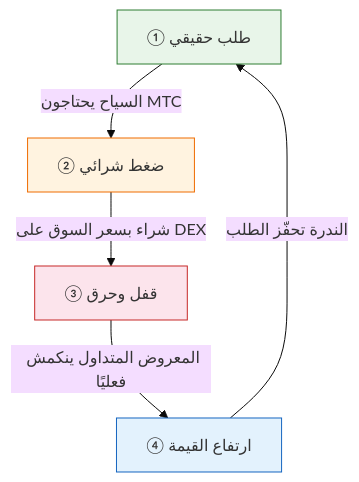
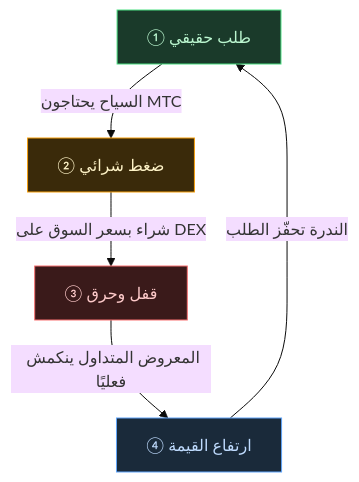
The first of 2 diagrams in i18n/ar/docusaurus-plugin-content-docs/current/02-vision.md (Cootakahashi/matsuri-dao-whitepaper), drawn with Mermaid (base theme) before and after one commit. The commit also changed 102 other files, not shown here.

````diff
--- a/i18n/ar/docusaurus-plugin-content-docs/current/02-vision.md
+++ b/i18n/ar/docusaurus-plugin-content-docs/current/02-vision.md
@@ -42,12 +42,12 @@
 ```mermaid
 graph TD
-    A["① طلب حقيقي"] -->|السياح يحتاجون MTC| B["② ضغط شرائي"]
-    B -->|شراء بسعر السوق على DEX| C["③ قفل وحرق"]
-    C -->|المعروض المتداول ينكمش فعليًا| D["④ ارتفاع القيمة"]
+    A["① طلب حقيقي"]:::step1 -->|السياح يحتاجون MTC| B["② ضغط شرائي"]:::step2
+    B -->|شراء بسعر السوق على DEX| C["③ قفل وحرق"]:::step3
+    C -->|المعروض المتداول ينكمش فعليًا| D["④ ارتفاع القيمة"]:::step4
     D -->|الندرة تحفّز الطلب| A
 
-    style A fill:#e8f5e9,stroke:#2e7d32
-    style B fill:#fff3e0,stroke:#ef6c00
-    style C fill:#fce4ec,stroke:#c62828
-    style D fill:#e3f2fd,stroke:#1565c0
+    classDef step1 fill:#1a3a2a,stroke:#4ade80,color:#bbf7d0
+    classDef step2 fill:#3a2a0a,stroke:#f59e0b,color:#fef3c7
+    classDef step3 fill:#3a1a1a,stroke:#f87171,color:#fecaca
+    classDef step4 fill:#1a2a3a,stroke:#60a5fa,color:#bfdbfe
 ```
````
